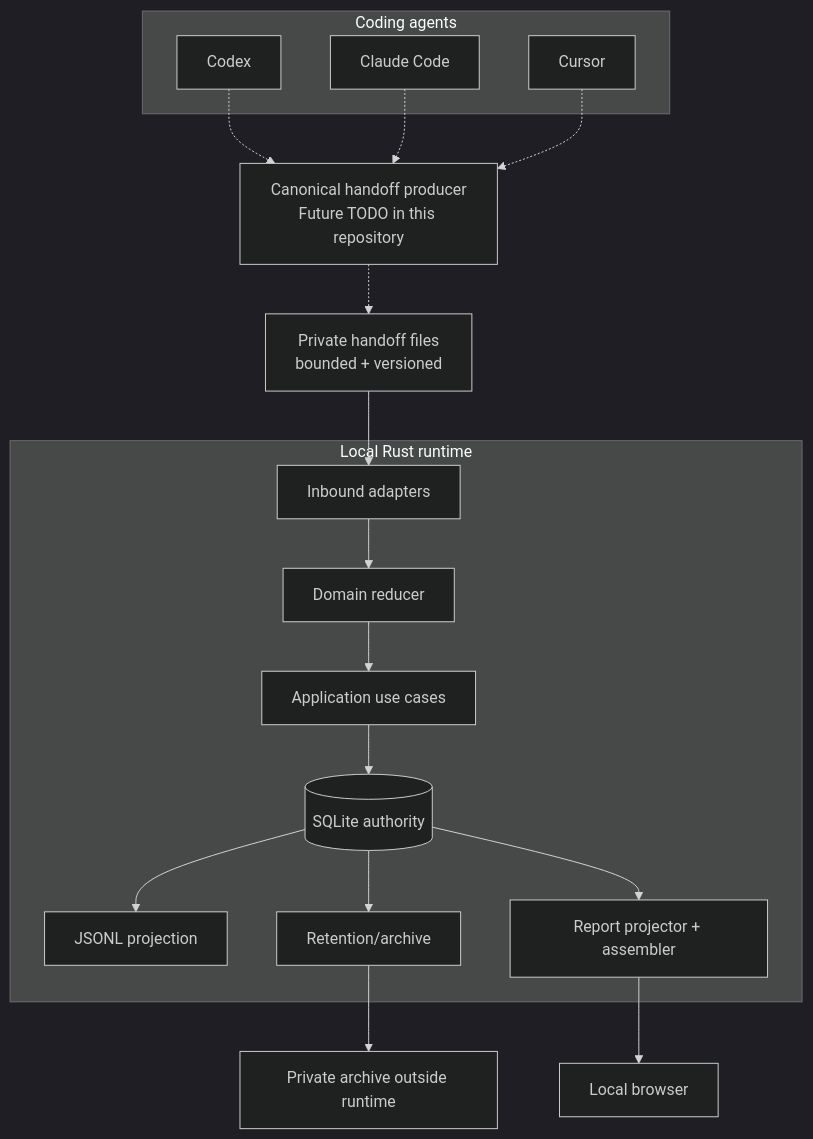
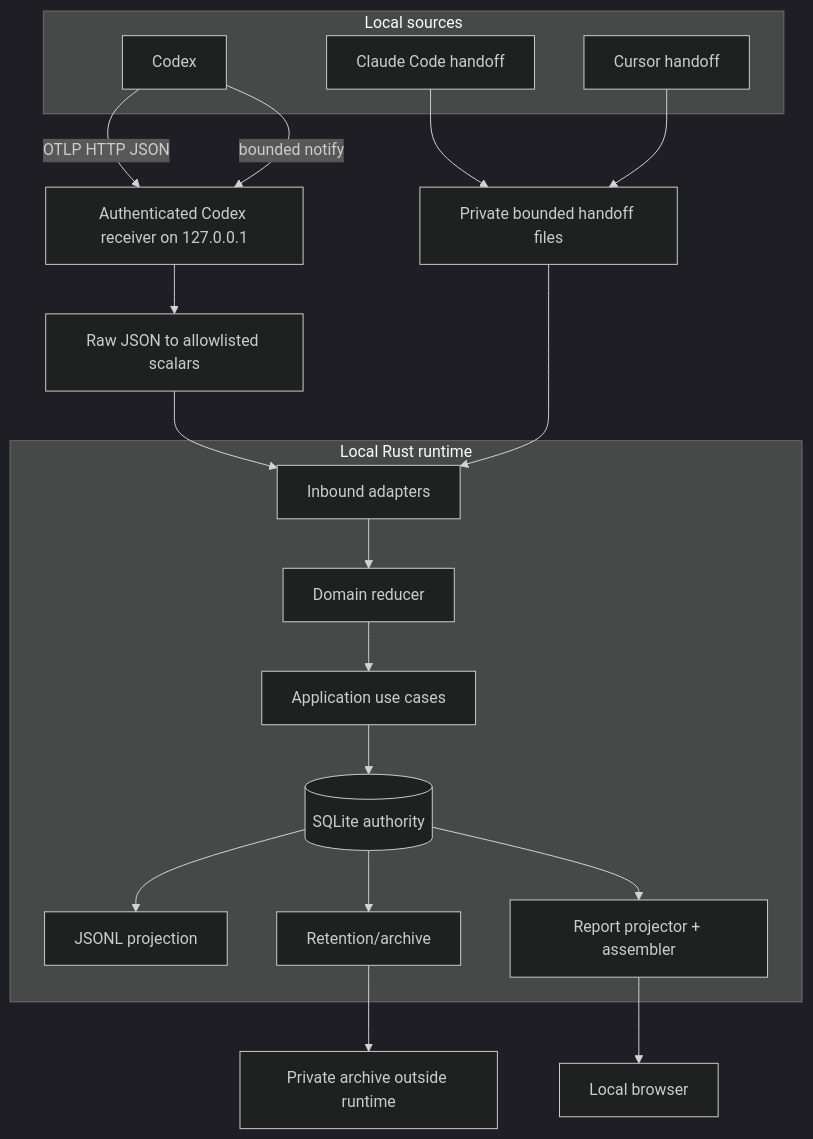
One commit to MCprotein/agent-observability changed the first of 8 diagrams in docs/COLLECTION_FLOW.md. Above: the diagram before and after it, drawn with Mermaid (dark theme). The commit also changed other lines of this file and 10 other files, not shown here.

````diff
--- a/docs/COLLECTION_FLOW.md
+++ b/docs/COLLECTION_FLOW.md
@@ -28,33 +29,35 @@
 ```mermaid
 flowchart TB
-    subgraph AgentProducts["Coding agents"]
-        C[Codex]
-        H[Claude Code]
-        U[Cursor]
+    subgraph Sources["Local sources"]
+        Codex["Codex"]
+        Claude["Claude Code handoff"]
+        Cursor["Cursor handoff"]
     end
 
-    Producer["Canonical handoff producer<br/>Future TODO in this repository"]
-    Files["Private handoff files<br/>bounded + versioned"]
+    Receiver["Authenticated Codex receiver on 127.0.0.1"]
+    Allowlist["Raw JSON to allowlisted scalars"]
+    Files["Private bounded handoff files"]
 
     subgraph Runtime["Local Rust runtime"]
         Adapters["Inbound adapters"]
         Domain["Domain reducer"]
         App["Application use cases"]
         Store[("SQLite authority")]
         Projection["JSONL projection"]
         Retention["Retention/archive"]
         Report["Report projector + assembler"]
     end
 
     Browser["Local browser"]
     Archive["Private archive outside runtime"]
 
-    C -.-> Producer
-    H -.-> Producer
-    U -.-> Producer
-    Producer -.-> Files
+    Codex -->|"OTLP HTTP JSON"| Receiver
+    Codex -->|"bounded notify"| Receiver
+    Receiver --> Allowlist --> Adapters
+    Claude --> Files
+    Cursor --> Files
     Files --> Adapters --> Domain --> App --> Store
     Store --> Projection
     Store --> Retention --> Archive
     Store --> Report --> Browser
 ```
````
